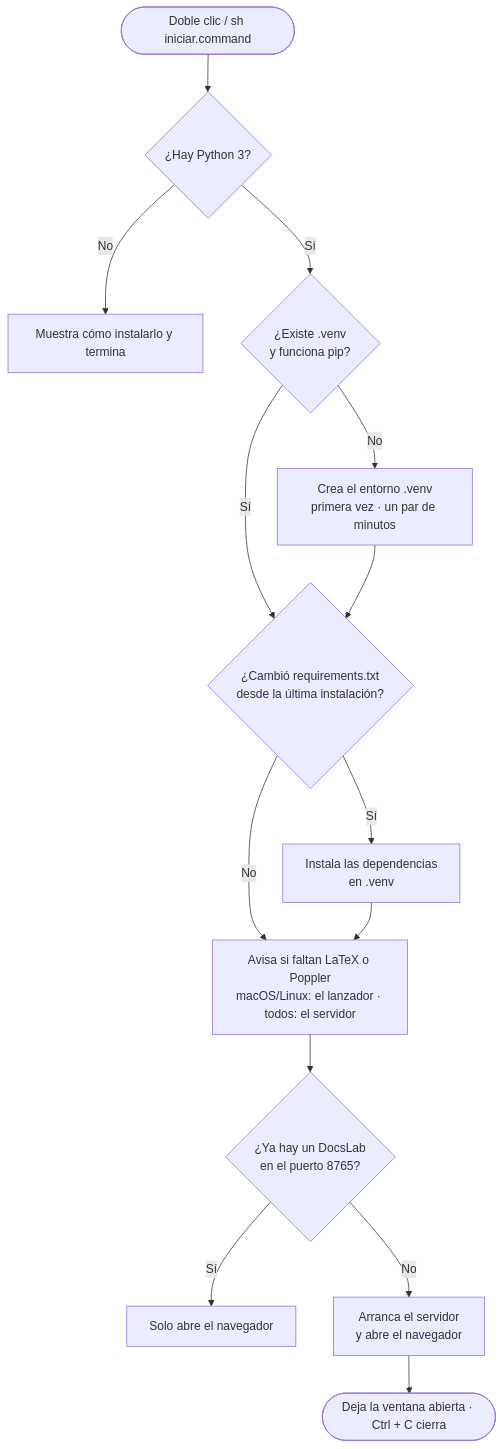
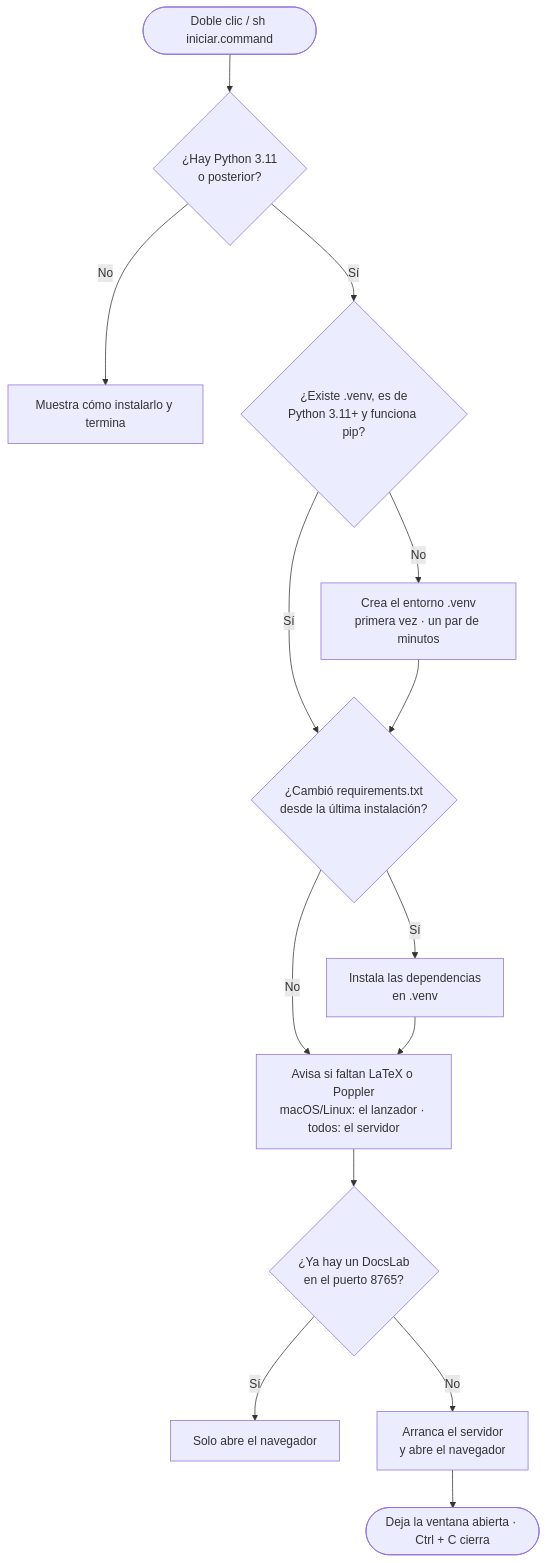
One commit to chalpm/docslab changed the second of 6 diagrams in LEEME.md. Above: the diagram before and after it, drawn with Mermaid. The commit also changed other lines of this file and 13 other files, not shown here.

First line of the commit message:
feat(python): el servidor necesita Python 3.11 o posterior; release v1.7.0

````diff
--- a/LEEME.md
+++ b/LEEME.md
@@ -266,16 +271,16 @@
 ```mermaid
 flowchart TD
-    A([Doble clic / sh iniciar.command]) --> B{¿Hay Python 3?}
+    A([Doble clic / sh iniciar.command]) --> B{¿Hay Python 3.11<br/>o posterior?}
     B -- No --> B1[Muestra cómo instalarlo y termina]
-    B -- Sí --> C{¿Existe .venv<br/>y funciona pip?}
+    B -- Sí --> C{¿Existe .venv, es de<br/>Python 3.11+ y funciona pip?}
     C -- No --> C1[Crea el entorno .venv<br/>primera vez · un par de minutos]
     C -- Sí --> D
     C1 --> D{¿Cambió requirements.txt<br/>desde la última instalación?}
     D -- Sí --> D1[Instala las dependencias<br/>en .venv]
     D -- No --> E
     D1 --> E[Avisa si faltan LaTeX o Poppler<br/>macOS/Linux: el lanzador · todos: el servidor]
     E --> F{¿Ya hay un DocsLab<br/>en el puerto 8765?}
     F -- Sí --> F1[Solo abre el navegador]
     F -- No --> G[Arranca el servidor<br/>y abre el navegador]
     G --> H([Deja la ventana abierta · Ctrl + C cierra])
 ```
````
